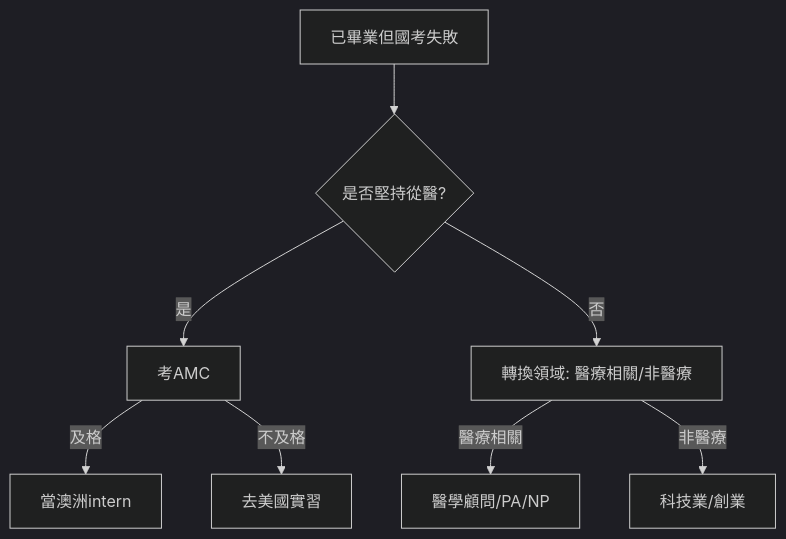
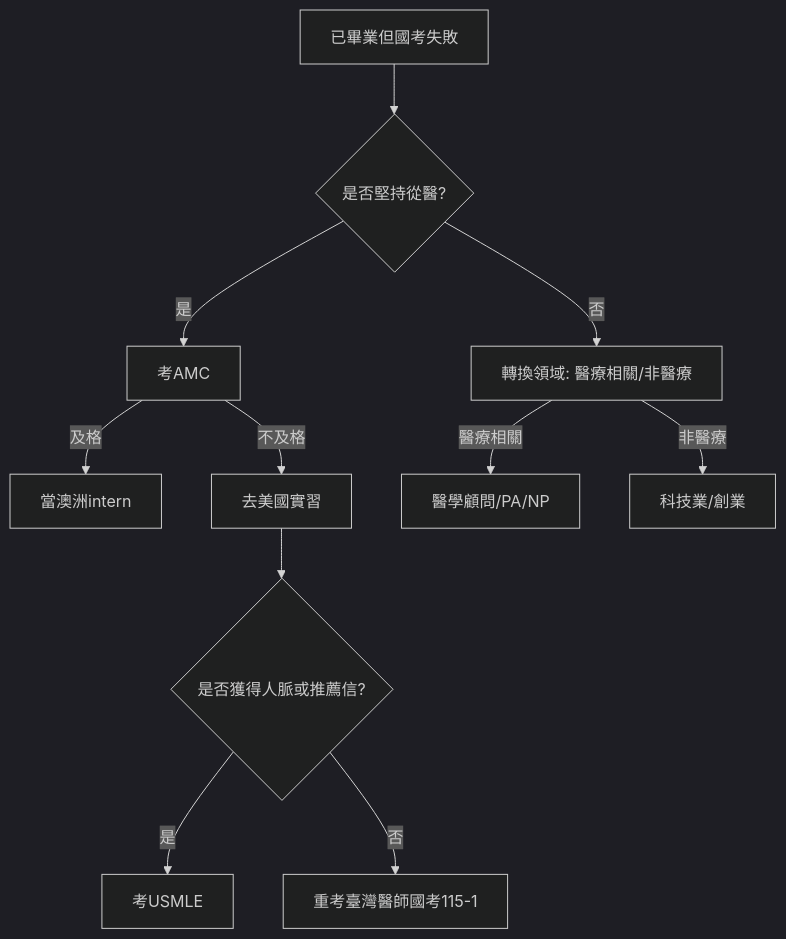
One commit to BruceChen034020/2025TWMLE changed the second of 2 diagrams in README.md. Above: the diagram before and after it, drawn with Mermaid (dark theme). The commit also changed other lines of this file, not shown here.

```diff
--- a/README.md
+++ b/README.md
@@ -927,10 +922,13 @@
 <div class='mermaid'>
 graph TD;
 A[已畢業但國考失敗] --> B{是否堅持從醫?}
 B -->|是| C[考AMC]
 C -->|及格| D[當澳洲intern]
 C -->|不及格| E[去美國實習]
 B -->|否| F[轉換領域: 醫療相關/非醫療]
 F -->|醫療相關| G[醫學顧問/PA/NP]
 F -->|非醫療| H[科技業/創業]
+E --> I{是否獲得人脈或推薦信?}
+I --> |是| J[考USMLE]
+I --> |否| K[重考臺灣醫師國考115-1]
 </div>
```
